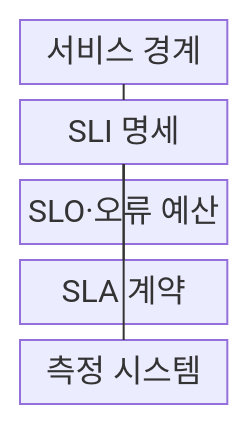
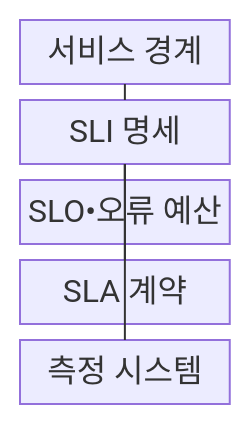
The first of 2 diagrams in src/content/docs/notes/03-software/165_slo_sla_sli.md (agnusdei1207/knowledge-base), drawn with Mermaid before and after one commit. The commit also changed other lines of this file and 953 other files, not shown here.

````diff
--- a/src/content/docs/notes/03-software/165_slo_sla_sli.md
+++ b/src/content/docs/notes/03-software/165_slo_sla_sli.md
@@ -71,13 +71,13 @@
 ```mermaid
 block
     columns 1
     A["서비스 경계"]
     B["SLI 명세"]
-    C["SLO·오류 예산"]
+    C["SLO•오류 예산"]
     D["SLA 계약"]
     E["측정 시스템"]
     A --- B
     B --- C
     B --- D
     B --- E
 ```
````
